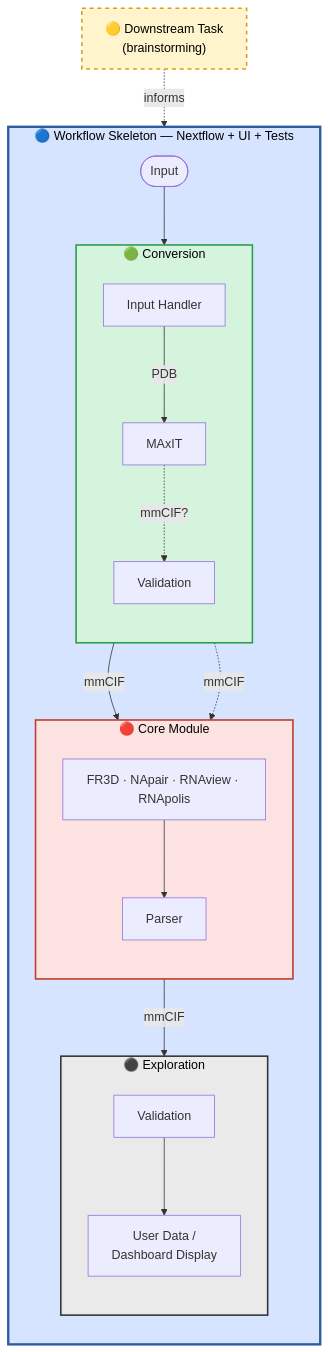
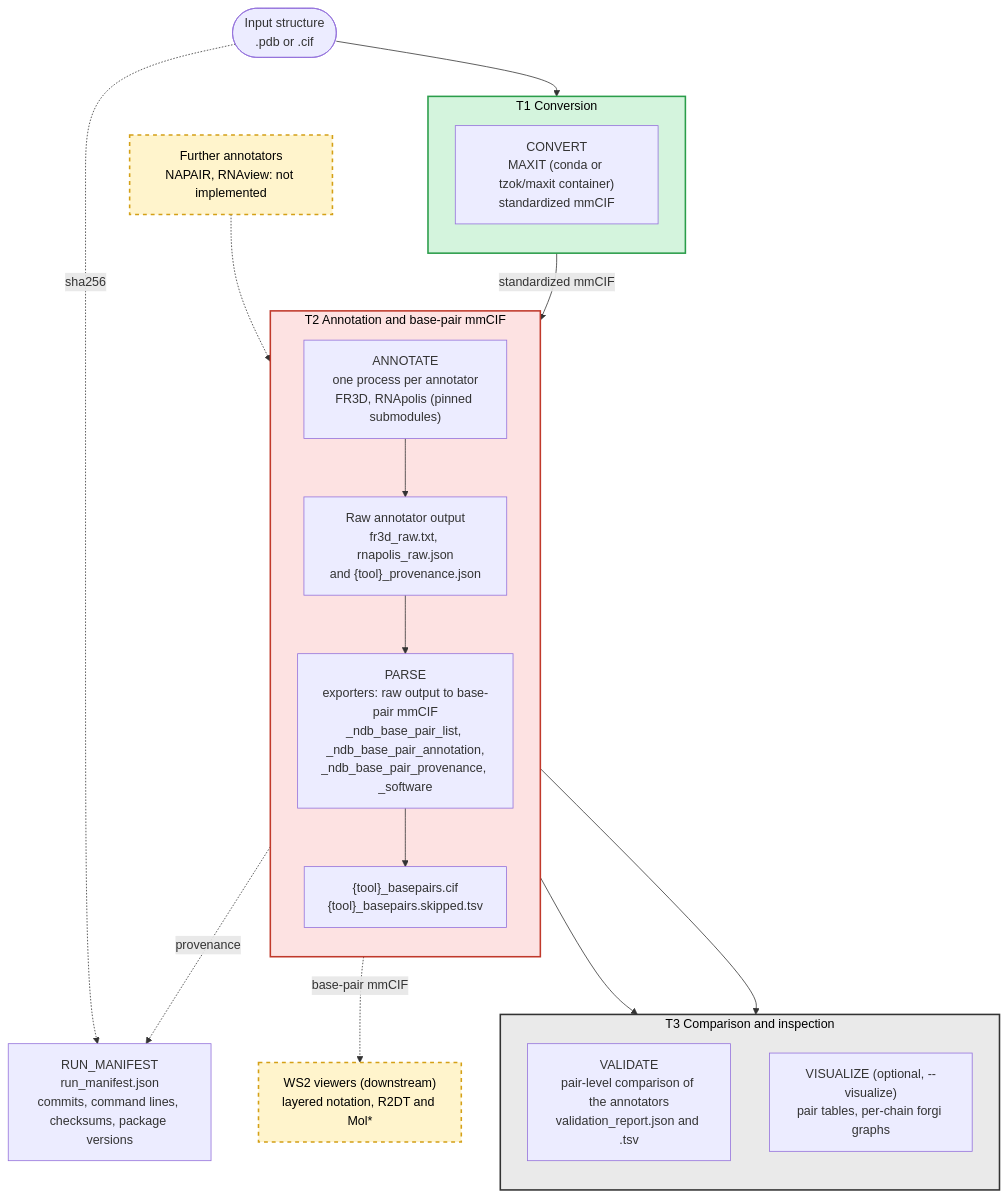
One commit to na-hackathon/na-hackathon-2026 changed the diagram in workstreams/ws1-annotation-validation/workflow.mmd. Above: the diagram before and after it, drawn with Mermaid. The commit also changed 69 other files, not shown here.

Commit message:
WS1: pinned single env, provenance, fixed comparison and --visualize, six-example table (#109)

```diff
--- a/workstreams/ws1-annotation-validation/workflow.mmd
+++ b/workstreams/ws1-annotation-validation/workflow.mmd
@@ -1,52 +1,50 @@
-%% RNA structure analysis workflow
-%% Translated from whiteboard sketch — edit on https://mermaid.live
+%% WS1 annotation and validation workflow (Nextflow, main.nf)
+%% Stages and outputs as run by `nextflow run main.nf`; edit on https://mermaid.live
 
 flowchart TD
-    subgraph Skeleton["🔵 Workflow Skeleton — Nextflow + UI + Tests"]
+    Input(["Input structure<br/>.pdb or .cif"])
+
+    subgraph T1["T1 Conversion"]
         direction TB
-        Input([Input])
-
-        subgraph T1["🟢 Conversion"]
-            direction TB
-            InHandler[Input Handler]
-            MAxIT[MAxIT]
-            Val1[Validation]
-            InHandler -->|PDB| MAxIT
-            MAxIT -.->|mmCIF?| Val1
-        end
-
-        subgraph T2["🔴 Core Module"]
-            direction TB
-            Tools["FR3D · NApair · RNAview · RNApolis"]
-            Parser[Parser]
-            Tools --> Parser
-        end
-
-        subgraph T3["⚫ Exploration"]
-            direction TB
-            Val2[Validation]
-            Dashboard["User Data /<br/>Dashboard Display"]
-            Val2 --> Dashboard
-        end
-
-        Input --> InHandler
-        InHandler -->|mmCIF| Tools
-        Val1 -.->|mmCIF| Tools
-        Parser -->|mmCIF| Val2
+        Convert["CONVERT<br/>MAXIT (conda or tzok/maxit container)<br/>standardized mmCIF"]
     end
 
-    %% Brainstorm-only group, no implementation ownership
-    Downstream["🟡 Downstream Task<br/>(brainstorming)"]
-    Downstream -.->|informs| Dashboard
+    subgraph T2["T2 Annotation and base-pair mmCIF"]
+        direction TB
+        Annotate["ANNOTATE<br/>one process per annotator<br/>FR3D, RNApolis (pinned submodules)"]
+        Raw["Raw annotator output<br/>fr3d_raw.txt, rnapolis_raw.json<br/>and {tool}_provenance.json"]
+        Parse["PARSE<br/>exporters: raw output to base-pair mmCIF<br/>_ndb_base_pair_list, _ndb_base_pair_annotation,<br/>_ndb_base_pair_provenance, _software"]
+        BP["{tool}_basepairs.cif<br/>{tool}_basepairs.skipped.tsv"]
+        Annotate --> Raw
+        Raw --> Parse
+        Parse --> BP
+    end
+
+    subgraph T3["T3 Comparison and inspection"]
+        direction TB
+        Validate["VALIDATE<br/>pair-level comparison of the annotators<br/>validation_report.json and .tsv"]
+        Visualize["VISUALIZE (optional, --visualize)<br/>pair tables, per-chain forgi graphs"]
+    end
+
+    Manifest["RUN_MANIFEST<br/>run_manifest.json<br/>commits, command lines, checksums, package versions"]
+    Further["Further annotators<br/>NAPAIR, RNAview: not implemented"]
+    Downstream["WS2 viewers (downstream)<br/>layered notation, R2DT and Mol*"]
+
+    Input --> Convert
+    Convert -->|"standardized mmCIF"| Annotate
+    Further -.-> Annotate
+    BP --> Validate
+    BP --> Visualize
+    BP -.->|"base-pair mmCIF"| Downstream
+    Input -.->|"sha256"| Manifest
+    Raw -.->|"provenance"| Manifest
 
     classDef green fill:#d4f4dd,stroke:#2a9d4a,stroke-width:2px,color:#000
     classDef red fill:#fde2e2,stroke:#c0392b,stroke-width:2px,color:#000
-    classDef black fill:#eaeaea,stroke:#333,stroke-width:2px,color:#000
+    classDef gray fill:#eaeaea,stroke:#333,stroke-width:2px,color:#000
     classDef yellow fill:#fff4cc,stroke:#d4a017,stroke-width:2px,stroke-dasharray: 5 5,color:#000
-    classDef blue fill:#d6e4ff,stroke:#2c5aa0,stroke-width:3px,color:#000
 
     class T1 green
     class T2 red
-    class T3 black
-    class Downstream yellow
-    class Skeleton blue
+    class T3 gray
+    class Further,Downstream yellow
```
